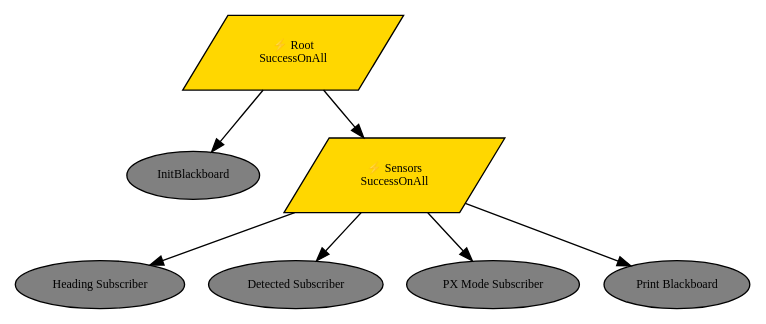
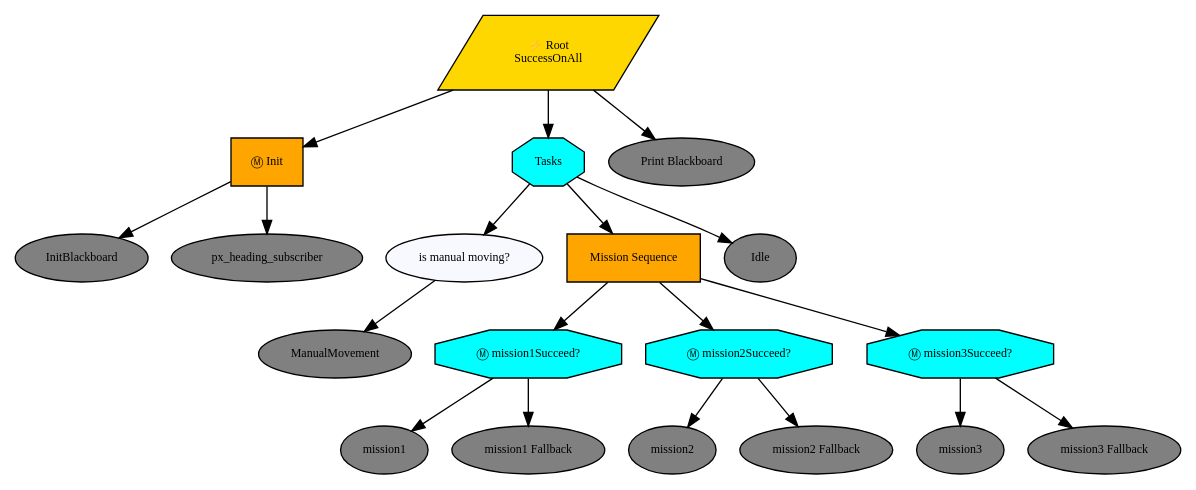
One commit to AMV-UI/KKI-25 changed the diagram in root.dot. Above: the diagram before and after it, drawn with Graphviz. The commit also changed 14 other files, not shown here.

Commit message:
tested graphs with sequence for switching and selectors as fallback

```diff
--- a/root.dot
+++ b/root.dot
@@ -1,19 +1,43 @@
 digraph pastafarianism {
 ordering=out;
 graph [fontname="times-roman"];
 node [fontname="times-roman"];
 edge [fontname="times-roman"];
 Root [fillcolor=gold, fontcolor=black, fontsize=9, label="⚡ Root\nSuccessOnAll", shape=parallelogram, style=filled];
+Init [fillcolor=orange, fontcolor=black, fontsize=9, label="Ⓜ Init", shape=box, style=filled];
+Root -> Init;
 InitBlackboard [fillcolor=gray, fontcolor=black, fontsize=9, label=InitBlackboard, shape=ellipse, style=filled];
-Root -> InitBlackboard;
-Sensors [fillcolor=gold, fontcolor=black, fontsize=9, label="⚡ Sensors\nSuccessOnAll", shape=parallelogram, style=filled];
-Root -> Sensors;
-"Heading Subscriber" [fillcolor=gray, fontcolor=black, fontsize=9, label="Heading Subscriber", shape=ellipse, style=filled];
-Sensors -> "Heading Subscriber";
-"Detected Subscriber" [fillcolor=gray, fontcolor=black, fontsize=9, label="Detected Subscriber", shape=ellipse, style=filled];
-Sensors -> "Detected Subscriber";
-"PX Mode Subscriber" [fillcolor=gray, fontcolor=black, fontsize=9, label="PX Mode Subscriber", shape=ellipse, style=filled];
-Sensors -> "PX Mode Subscriber";
+Init -> InitBlackboard;
+px_heading_subscriber [fillcolor=gray, fontcolor=black, fontsize=9, label=px_heading_subscriber, shape=ellipse, style=filled];
+Init -> px_heading_subscriber;
+Tasks [fillcolor=cyan, fontcolor=black, fontsize=9, label=Tasks, shape=octagon, style=filled];
+Root -> Tasks;
+"is manual moving?" [fillcolor=ghostwhite, fontcolor=black, fontsize=9, label="is manual moving?", shape=ellipse, style=filled];
+Tasks -> "is manual moving?";
+ManualMovement [fillcolor=gray, fontcolor=black, fontsize=9, label=ManualMovement, shape=ellipse, style=filled];
+"is manual moving?" -> ManualMovement;
+"Mission Sequence" [fillcolor=orange, fontcolor=black, fontsize=9, label="Mission Sequence", shape=box, style=filled];
+Tasks -> "Mission Sequence";
+"mission1Succeed?" [fillcolor=cyan, fontcolor=black, fontsize=9, label="Ⓜ mission1Succeed?", shape=octagon, style=filled];
+"Mission Sequence" -> "mission1Succeed?";
+mission1 [fillcolor=gray, fontcolor=black, fontsize=9, label=mission1, shape=ellipse, style=filled];
+"mission1Succeed?" -> mission1;
+"mission1 Fallback" [fillcolor=gray, fontcolor=black, fontsize=9, label="mission1 Fallback", shape=ellipse, style=filled];
+"mission1Succeed?" -> "mission1 Fallback";
+"mission2Succeed?" [fillcolor=cyan, fontcolor=black, fontsize=9, label="Ⓜ mission2Succeed?", shape=octagon, style=filled];
+"Mission Sequence" -> "mission2Succeed?";
+mission2 [fillcolor=gray, fontcolor=black, fontsize=9, label=mission2, shape=ellipse, style=filled];
+"mission2Succeed?" -> mission2;
+"mission2 Fallback" [fillcolor=gray, fontcolor=black, fontsize=9, label="mission2 Fallback", shape=ellipse, style=filled];
+"mission2Succeed?" -> "mission2 Fallback";
+"mission3Succeed?" [fillcolor=cyan, fontcolor=black, fontsize=9, label="Ⓜ mission3Succeed?", shape=octagon, style=filled];
+"Mission Sequence" -> "mission3Succeed?";
+mission3 [fillcolor=gray, fontcolor=black, fontsize=9, label=mission3, shape=ellipse, style=filled];
+"mission3Succeed?" -> mission3;
+"mission3 Fallback" [fillcolor=gray, fontcolor=black, fontsize=9, label="mission3 Fallback", shape=ellipse, style=filled];
+"mission3Succeed?" -> "mission3 Fallback";
+Idle [fillcolor=gray, fontcolor=black, fontsize=9, label=Idle, shape=ellipse, style=filled];
+Tasks -> Idle;
 "Print Blackboard" [fillcolor=gray, fontcolor=black, fontsize=9, label="Print Blackboard", shape=ellipse, style=filled];
-Sensors -> "Print Blackboard";
+Root -> "Print Blackboard";
 }
```
